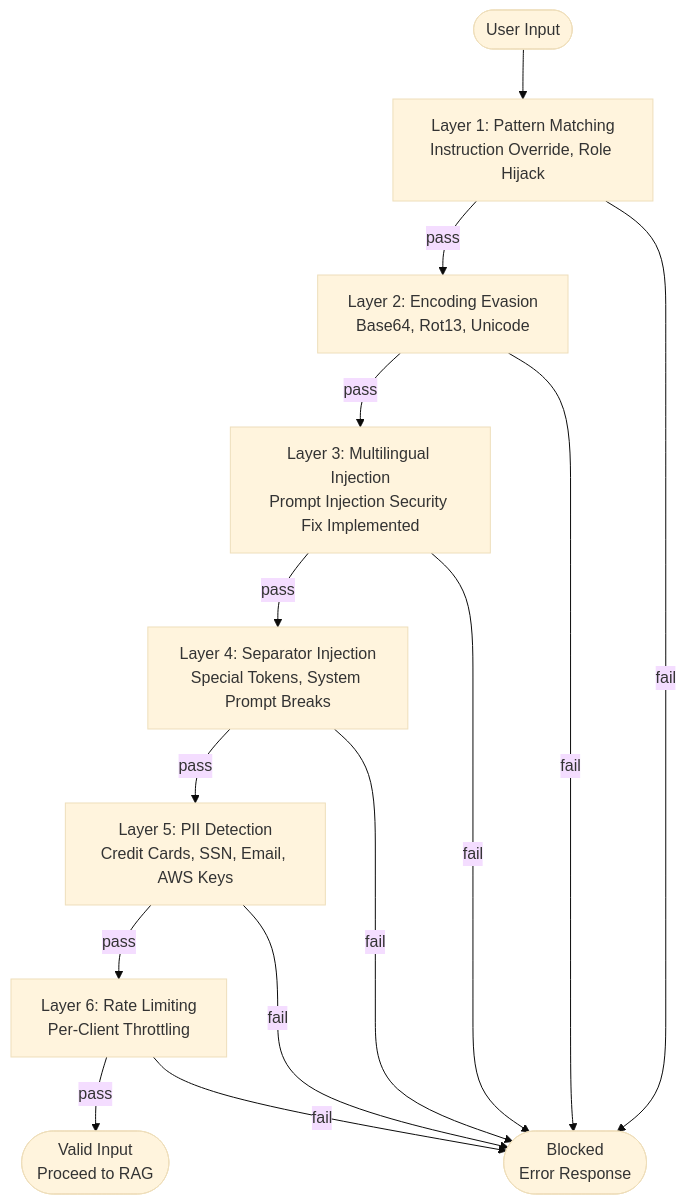
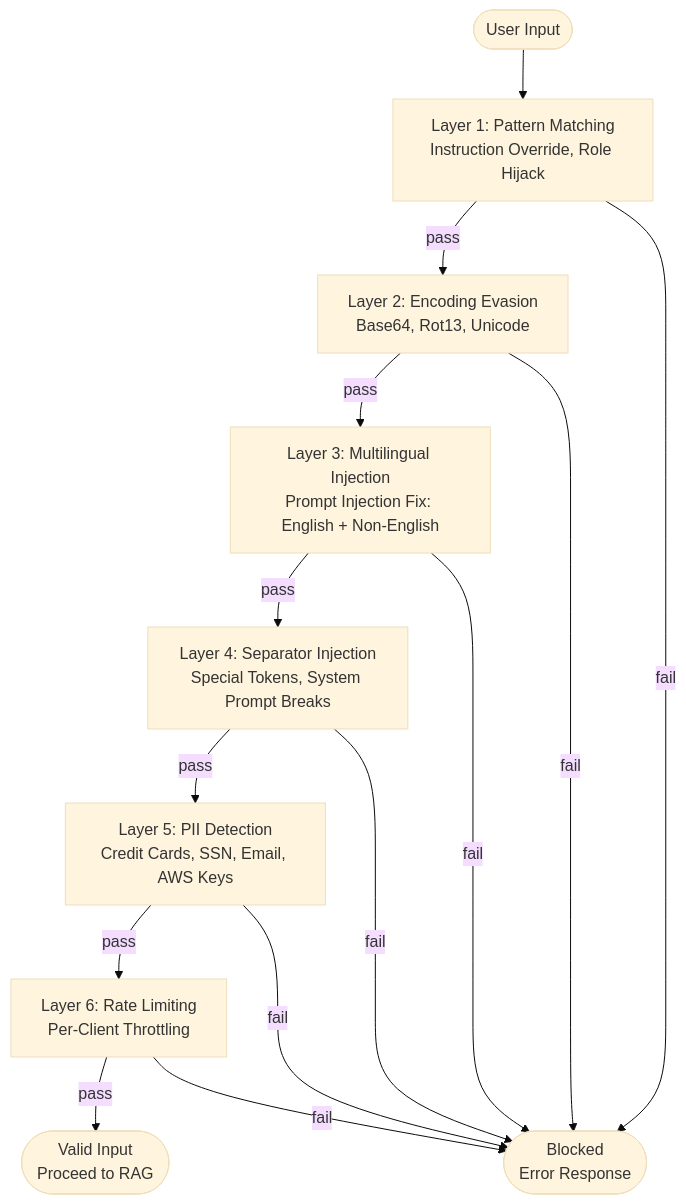
One commit to tukue/devsecops-platform-agent changed the third of 10 diagrams in README.md. Above: the diagram before and after it, drawn with Mermaid (base theme). The commit also changed other lines of this file, not shown here.

Commit message:
Update prompt injection language coverage

````diff
--- a/README.md
+++ b/README.md
@@ -223,28 +223,28 @@
 ```mermaid
 flowchart TD
     INPUT([User Input])
 
     L1["Layer 1: Pattern Matching\nInstruction Override, Role Hijack"]
     L2["Layer 2: Encoding Evasion\nBase64, Rot13, Unicode"]
-    L3["Layer 3: Multilingual Injection\nPrompt Injection Security Fix Implemented"]
+    L3["Layer 3: Multilingual Injection\nPrompt Injection Fix: English + Non-English"]
     L4["Layer 4: Separator Injection\nSpecial Tokens, System Prompt Breaks"]
     L5["Layer 5: PII Detection\nCredit Cards, SSN, Email, AWS Keys"]
     L6["Layer 6: Rate Limiting\nPer-Client Throttling"]
 
     VALID([Valid Input\nProceed to RAG])
     BLOCKED([Blocked\nError Response])
 
     INPUT --> L1
     L1 -->|pass| L2
     L1 -->|fail| BLOCKED
     L2 -->|pass| L3
     L2 -->|fail| BLOCKED
     L3 -->|pass| L4
     L3 -->|fail| BLOCKED
     L4 -->|pass| L5
     L4 -->|fail| BLOCKED
     L5 -->|pass| L6
     L5 -->|fail| BLOCKED
     L6 -->|pass| VALID
     L6 -->|fail| BLOCKED
 ```
````
